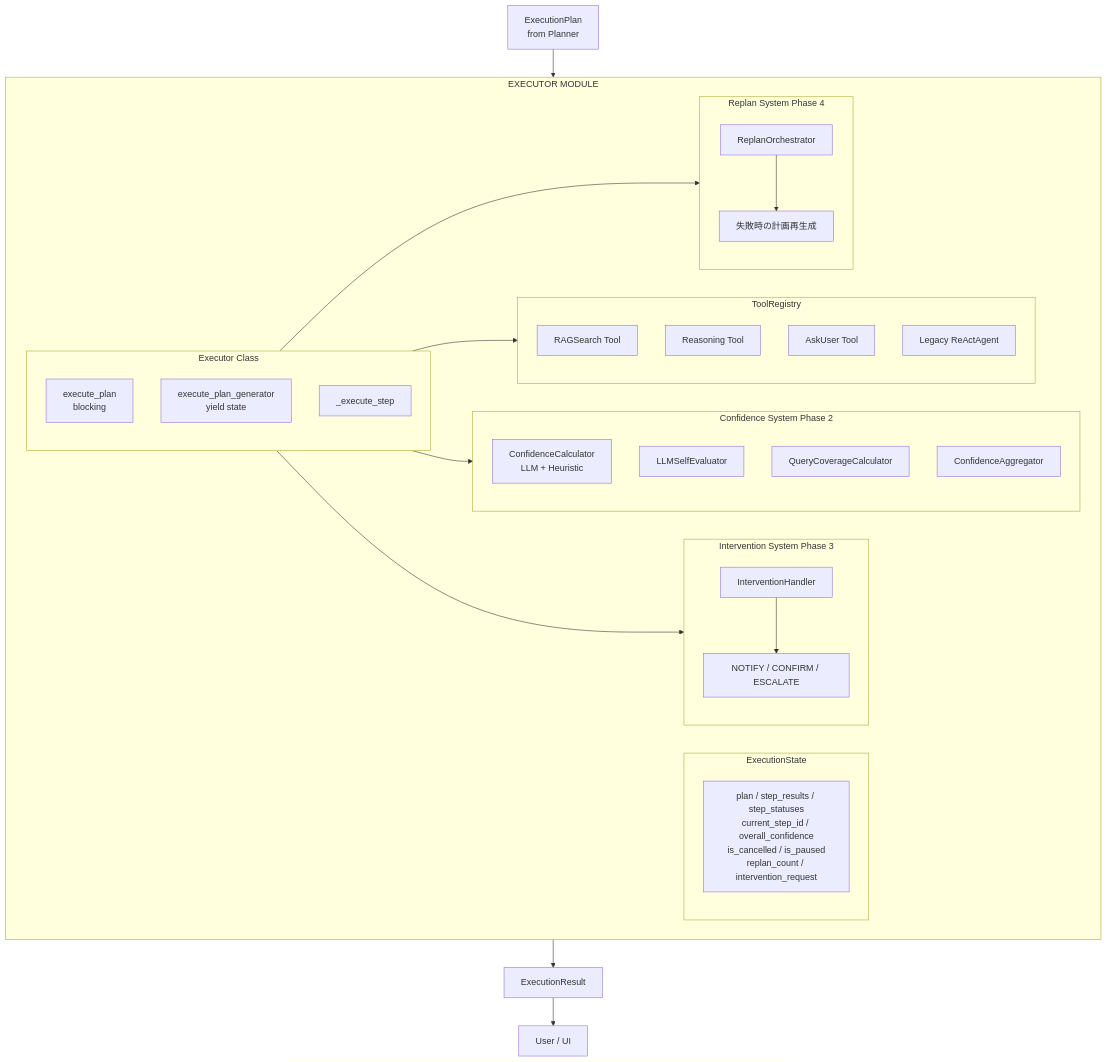
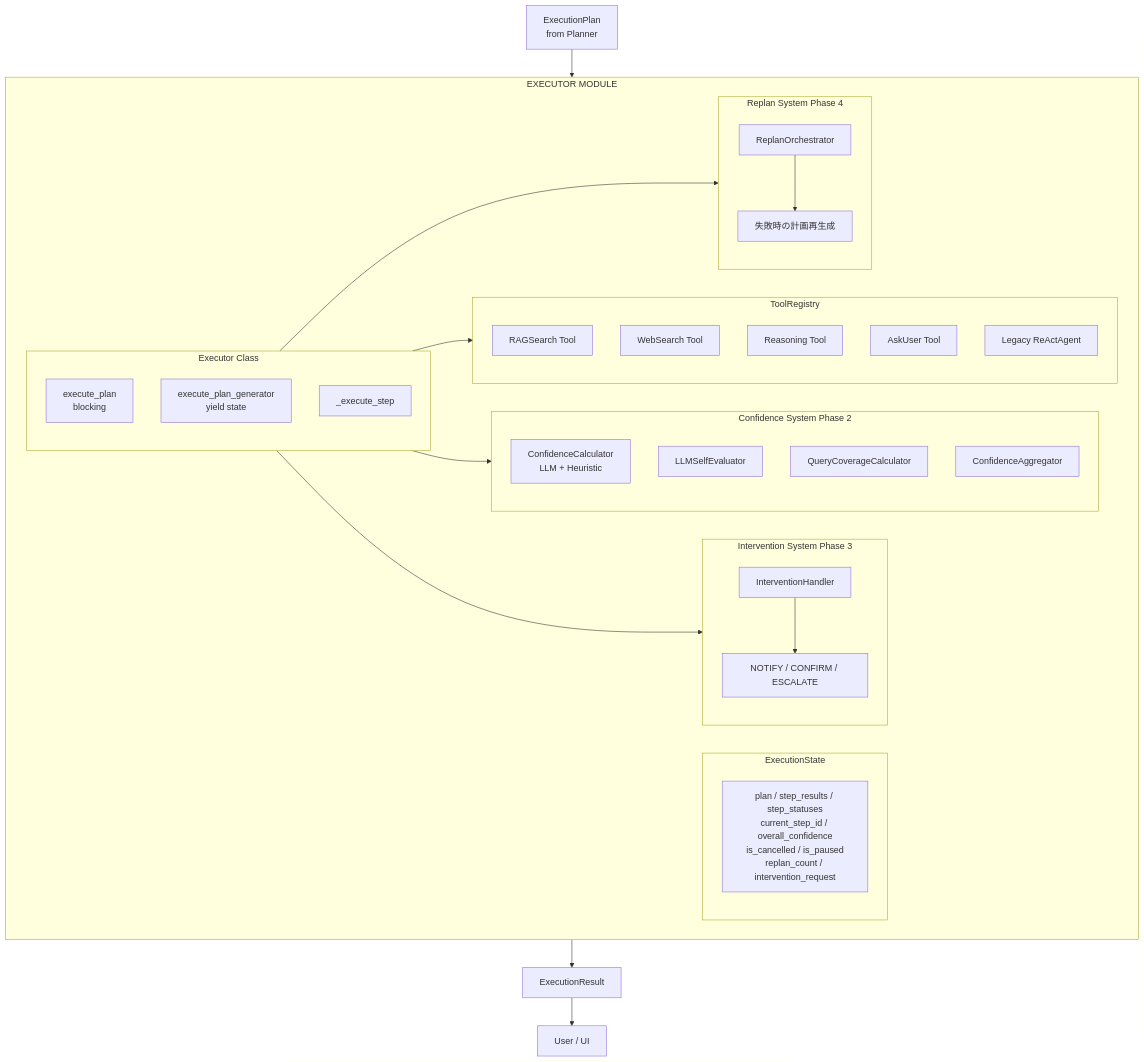
One commit to nakashima2toshio/gemini_grace_agent changed the first of 4 diagrams in grace/doc/executor.md. Above: the diagram before and after it, drawn with Mermaid. The commit also changed other lines of this file and 17 other files, not shown here.

Commit message:
2026-0220-1 web_search doc

````diff
--- a/grace/doc/executor.md
+++ b/grace/doc/executor.md
@@ -98,49 +98,50 @@
 ```mermaid
 flowchart TB
     PLAN[ExecutionPlan\nfrom Planner] --> EXECUTOR
 
     subgraph EXECUTOR["EXECUTOR MODULE"]
         subgraph STATE_BOX["ExecutionState"]
             STATE["plan / step_results / step_statuses\ncurrent_step_id / overall_confidence\nis_cancelled / is_paused\nreplan_count / intervention_request"]
         end
 
         subgraph EXEC_CLASS["Executor Class"]
             EXEC_PLAN["execute_plan\nblocking"]
             EXEC_GEN["execute_plan_generator\nyield state"]
             EXEC_STEP["_execute_step"]
         end
 
         subgraph TOOLS["ToolRegistry"]
             RAG[RAGSearch Tool]
+            WEB[WebSearch Tool]
             REASON[Reasoning Tool]
             ASK[AskUser Tool]
             LEGACY[Legacy ReActAgent]
         end
 
         subgraph CONFIDENCE["Confidence System Phase 2"]
             CONF_CALC[ConfidenceCalculator\nLLM + Heuristic]
             LLM_EVAL[LLMSelfEvaluator]
             QC_CALC[QueryCoverageCalculator]
             CONF_AGG[ConfidenceAggregator]
         end
 
         subgraph INTERVENTION["Intervention System Phase 3"]
             INT_HANDLER[InterventionHandler]
             INT_LEVELS["NOTIFY / CONFIRM / ESCALATE"]
         end
 
         subgraph REPLAN["Replan System Phase 4"]
             REPLAN_ORCH[ReplanOrchestrator]
             REPLAN_DESC["失敗時の計画再生成"]
         end
     end
 
     EXEC_CLASS --> TOOLS
     EXEC_CLASS --> CONFIDENCE
     EXEC_CLASS --> INTERVENTION
     EXEC_CLASS --> REPLAN
     INT_HANDLER --> INT_LEVELS
     REPLAN_ORCH --> REPLAN_DESC
 
     EXECUTOR --> RESULT[ExecutionResult] --> USER[User / UI]
 ```
````
